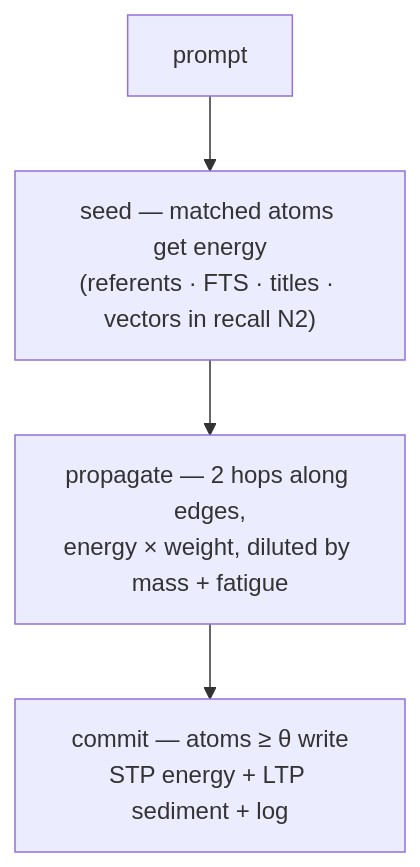
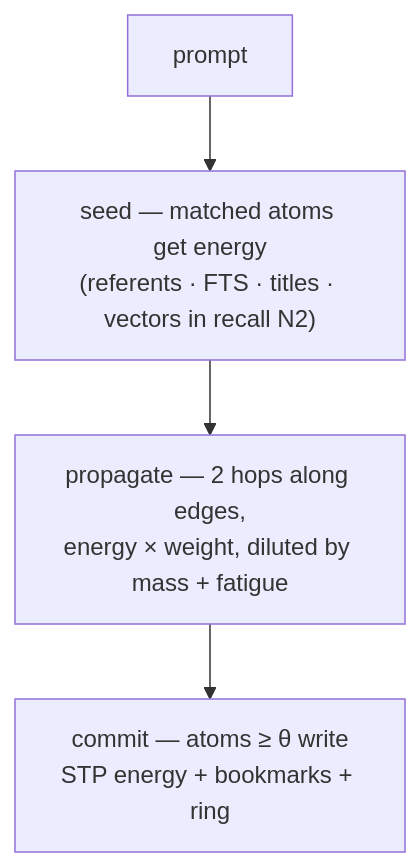
The third of 5 diagrams in packages/osem-rag/docs/HOW-IT-WORKS.md (linqFR/ytn), drawn with Mermaid before and after one commit. The commit also changed other lines of this file and 34 other files, not shown here.

````diff
--- a/packages/osem-rag/docs/HOW-IT-WORKS.md
+++ b/packages/osem-rag/docs/HOW-IT-WORKS.md
@@ -122,9 +111,9 @@
 ```mermaid
 flowchart TD
     P["prompt"]
     S["seed — matched atoms get energy<br/>(referents · FTS · titles · vectors in recall N2)"]
     W["propagate — 2 hops along edges,<br/>energy × weight, diluted by mass + fatigue"]
-    C["commit — atoms ≥ θ write<br/>STP energy + LTP sediment + log"]
+    C["commit — atoms ≥ θ write<br/>STP energy + bookmarks + ring"]
 
     P --> S --> W --> C
 ```
````
